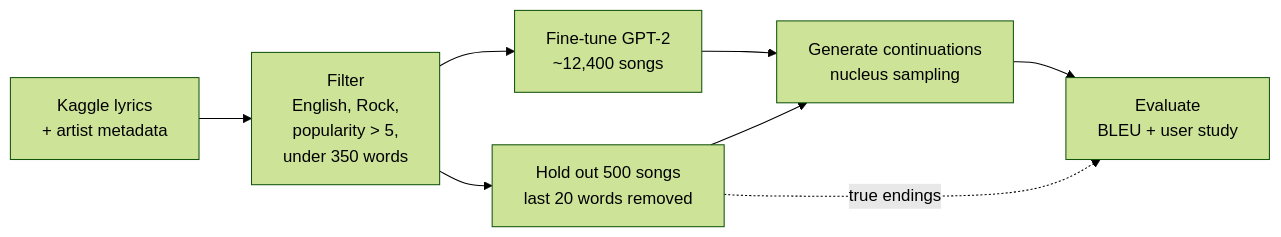
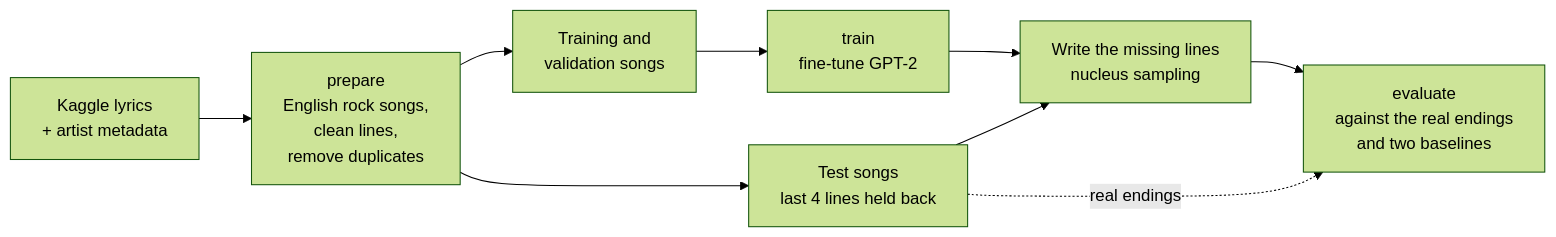
Before and after one commit to asad-exo/Finish-The-Lyric: the diagram in README.md, drawn with Mermaid (forest theme). The commit also changed other lines of this file and 15 other files, not shown here.

````diff
--- a/README.md
+++ b/README.md
@@ -31,10 +33,11 @@
 ```mermaid
 flowchart LR
-    DATA["Kaggle lyrics<br/>+ artist metadata"] --> FILTER["Filter<br/>English, Rock,<br/>popularity > 5,<br/>under 350 words"]
-    FILTER --> SPLIT["Hold out 500 songs<br/>last 20 words removed"]
-    FILTER --> TRAIN["Fine-tune GPT-2<br/>~12,400 songs"]
-    TRAIN --> GEN["Generate continuations<br/>nucleus sampling"]
-    SPLIT --> GEN
-    GEN --> EVAL["Evaluate<br/>BLEU + user study"]
-    SPLIT -. "true endings" .-> EVAL
+    DATA["Kaggle lyrics<br/>+ artist metadata"] --> PREP["prepare<br/>English rock songs,<br/>clean lines,<br/>remove duplicates"]
+    PREP --> TRAINSET["Training and<br/>validation songs"]
+    PREP --> TEST["Test songs<br/>last 4 lines held back"]
+    TRAINSET --> TRAIN["train<br/>fine-tune GPT-2"]
+    TRAIN --> GEN["Write the missing lines<br/>nucleus sampling"]
+    TEST --> GEN
+    GEN --> EVAL["evaluate<br/>against the real endings<br/>and two baselines"]
+    TEST -. "real endings" .-> EVAL
 ```
````
